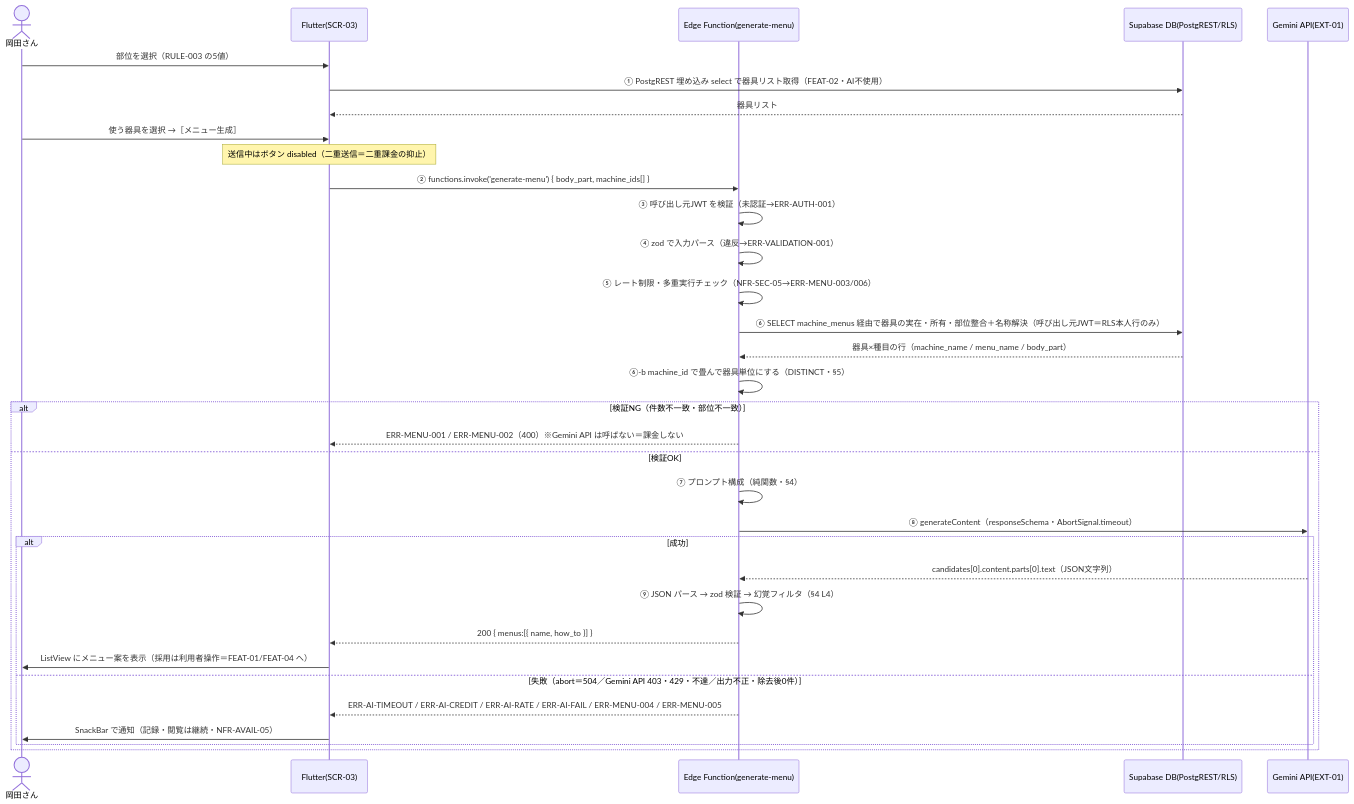
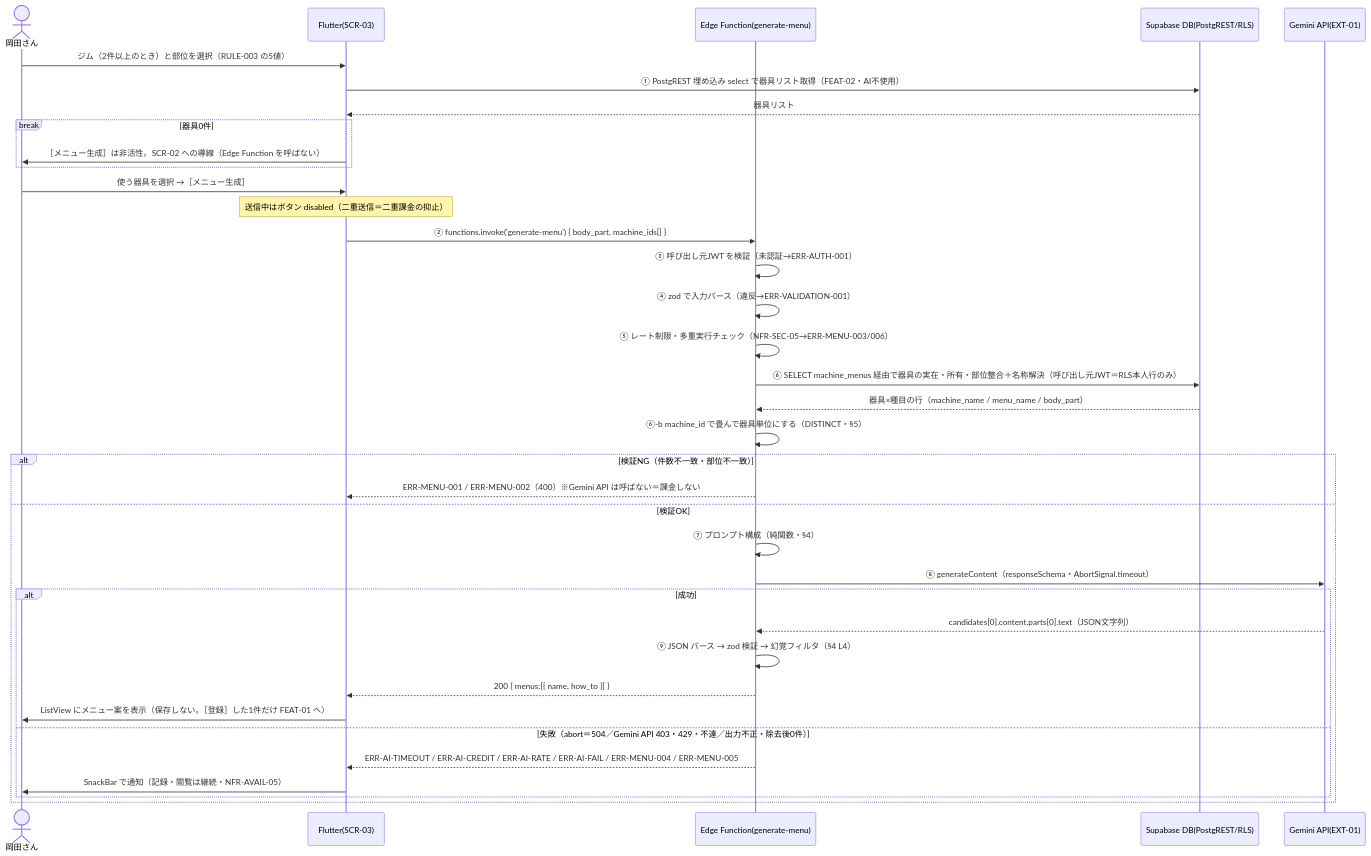
One commit to k-okada51/okada-fit changed the diagram in docs/02_設計/50_詳細設計/08_機能別詳細設計/FEAT-03_AIメニュー提案.md. Above: the diagram before and after it, drawn with Mermaid. The commit also changed other lines of this file and 20 other files, not shown here.

````diff
--- a/docs/02_設計/50_詳細設計/08_機能別詳細設計/FEAT-03_AIメニュー提案.md
+++ b/docs/02_設計/50_詳細設計/08_機能別詳細設計/FEAT-03_AIメニュー提案.md
@@ -68,37 +75,40 @@
 ```mermaid
 sequenceDiagram
   actor U as 岡田さん
   participant F as Flutter(SCR-03)
   participant E as Edge Function(generate-menu)
   participant D as Supabase DB(PostgREST/RLS)
   participant G as Gemini API(EXT-01)
 
-  U->>F: 部位を選択（RULE-003 の5値）
+  U->>F: ジム（2件以上のとき）と部位を選択（RULE-003 の5値）
   F->>D: ① PostgREST 埋め込み select で器具リスト取得（FEAT-02・AI不使用）
   D-->>F: 器具リスト
+  break 器具0件
+    F->>U: ［メニュー生成］は非活性。SCR-02 への導線（Edge Function を呼ばない）
+  end
   U->>F: 使う器具を選択 →［メニュー生成］
   Note over F: 送信中はボタン disabled（二重送信＝二重課金の抑止）
   F->>E: ② functions.invoke('generate-menu') { body_part, machine_ids[] }
 
   E->>E: ③ 呼び出し元JWT を検証（未認証→ERR-AUTH-001）
   E->>E: ④ zod で入力パース（違反→ERR-VALIDATION-001）
   E->>E: ⑤ レート制限・多重実行チェック（NFR-SEC-05→ERR-MENU-003/006）
   E->>D: ⑥ SELECT machine_menus 経由で器具の実在・所有・部位整合＋名称解決（呼び出し元JWT＝RLS本人行のみ）
   D-->>E: 器具×種目の行（machine_name / menu_name / body_part）
   E->>E: ⑥-b machine_id で畳んで器具単位にする（DISTINCT・§5）
   alt 検証NG（件数不一致・部位不一致）
     E-->>F: ERR-MENU-001 / ERR-MENU-002（400）※Gemini API は呼ばない＝課金しない
   else 検証OK
     E->>E: ⑦ プロンプト構成（純関数・§4）
     E->>G: ⑧ generateContent（responseSchema・AbortSignal.timeout）
     alt 成功
       G-->>E: candidates[0].content.parts[0].text（JSON文字列）
       E->>E: ⑨ JSON パース → zod 検証 → 幻覚フィルタ（§4 L4）
       E-->>F: 200 { menus:[{ name, how_to }] }
-      F->>U: ListView にメニュー案を表示（採用は利用者操作＝FEAT-01/FEAT-04 へ）
+      F->>U: ListView にメニュー案を表示（保存しない。［登録］した1件だけ FEAT-01 へ）
     else 失敗（abort＝504／Gemini API 403・429・不達／出力不正・除去後0件）
       E-->>F: ERR-AI-TIMEOUT / ERR-AI-CREDIT / ERR-AI-RATE / ERR-AI-FAIL / ERR-MENU-004 / ERR-MENU-005
       F->>U: SnackBar で通知（記録・閲覧は継続・NFR-AVAIL-05）
     end
   end
 ```
````
